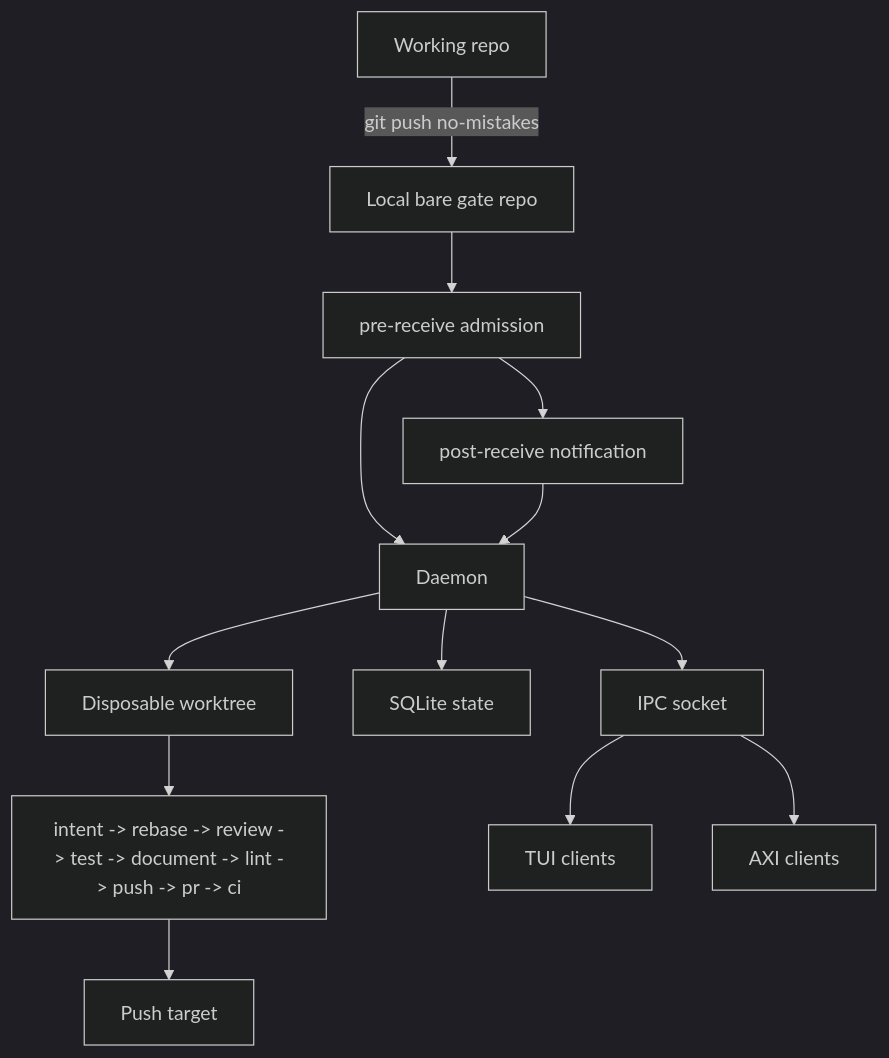
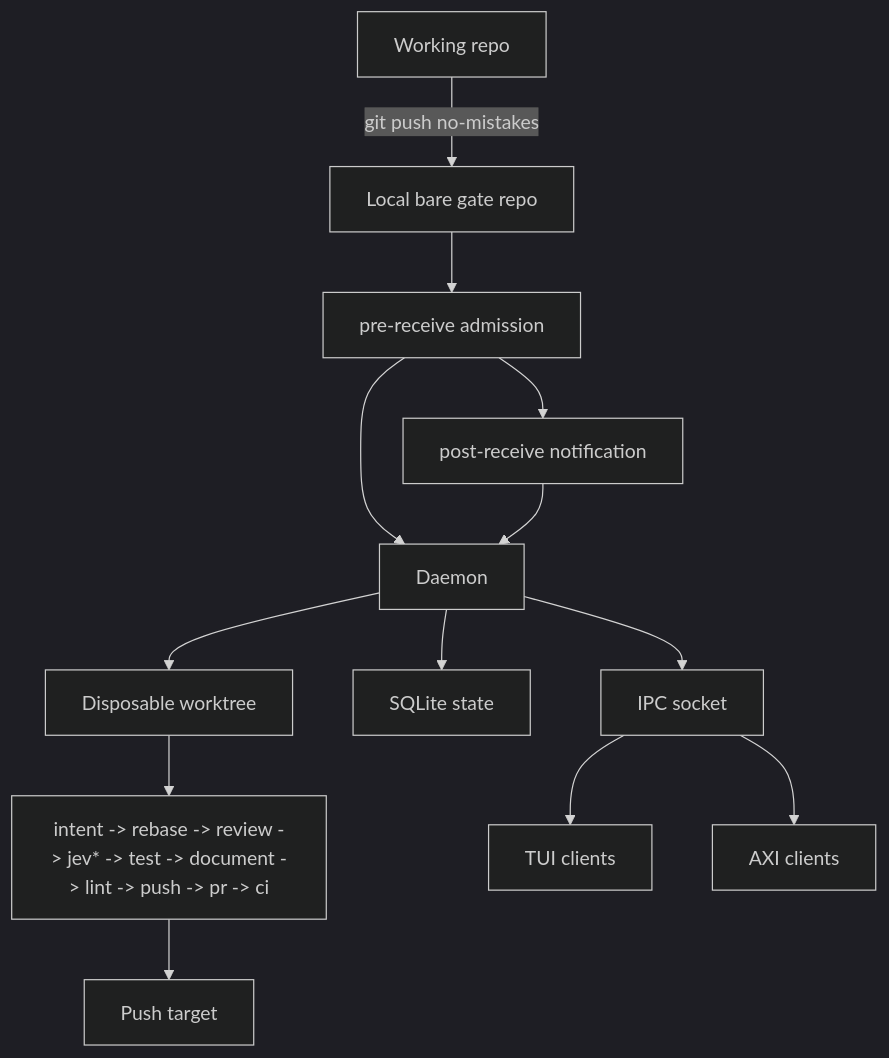
The diagram in docs/src/content/docs/concepts/gate-model.md (bastotec/no-mistakes), drawn with Mermaid (dark theme) before and after one commit. The commit also changed other lines of this file and 37 other files, not shown here.

First line of the commit message:
feat(pipeline): add advisory Jev evaluation step after review (#5)

````diff
--- a/docs/src/content/docs/concepts/gate-model.md
+++ b/docs/src/content/docs/concepts/gate-model.md
@@ -14,15 +14,15 @@
 ```mermaid
 flowchart TD
   repo["Working repo"] -->|"git push no-mistakes"| gate["Local bare gate repo"]
   gate --> admission["pre-receive admission"]
   admission --> hook["post-receive notification"]
   admission --> daemon["Daemon"]
   hook --> daemon
   daemon --> worktree["Disposable worktree"]
-  worktree --> pipeline["intent -> rebase -> review -> test -> document -> lint -> push -> pr -> ci"]
+  worktree --> pipeline["intent -> rebase -> review -> jev* -> test -> document -> lint -> push -> pr -> ci"]
   pipeline --> target["Push target"]
   daemon --> db["SQLite state"]
   daemon --> ipc["IPC socket"]
   ipc --> tui["TUI clients"]
   ipc --> axi["AXI clients"]
 ```
````
